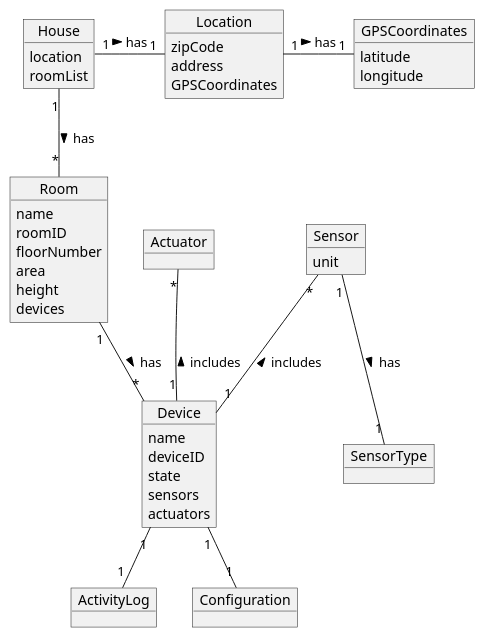
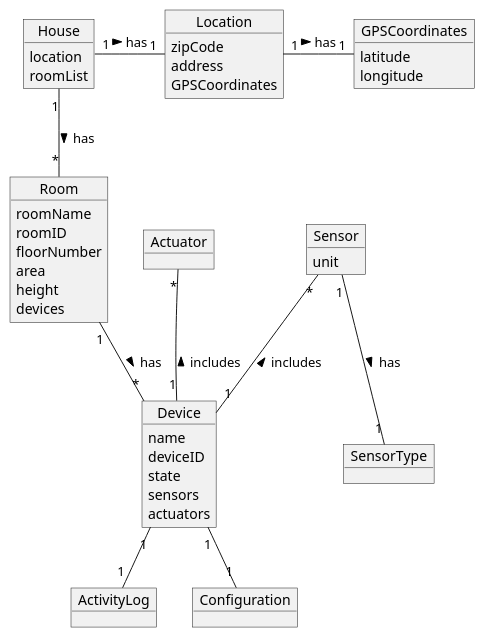
The diagram in src/main/java/pt/ipp/isep/dei/examples/basic/domain/SmartHome/UML/DomainModel.puml (RicardoAraujoPT/SmartHome2), drawn with PlantUML before and after one commit. The commit also changed 1 other file, not shown here.

Commit message:
Added Room class

```diff
--- a/src/main/java/pt/ipp/isep/dei/examples/basic/domain/SmartHome/UML/DomainModel.puml
+++ b/src/main/java/pt/ipp/isep/dei/examples/basic/domain/SmartHome/UML/DomainModel.puml
@@ -1,79 +1,79 @@
 @startuml
 'https://plantuml.com/object-diagram
 
  object House
  object Device
  object Sensor
  object Actuator
  object Room
  object Location
  object GPSCoordinates
  object ActivityLog
  object Configuration
  object SensorType
 
 
  House "1" -- "*" Room : has >
  House "1" - "1" Location : has >
  Location "1" - "1" GPSCoordinates : has >
  Room "1" -- "*" Device : has >
  Actuator "*" -- "1" Device : includes <
  Sensor "*" -- "1" Device : includes <
  Sensor "1" -- "1" SensorType : has >
  Device "1" -- "1" ActivityLog
  Device "1" -- "1" Configuration
 
 
 
  object House {
  location
  roomList
  }
 
 object Location {
 zipCode
 address
 GPSCoordinates
 }
 
 object GPSCoordinates {
 latitude
 longitude
 }
 
  object Room {
- name
+ roomName
  roomID
  floorNumber
  area
  height
  devices
  }
 
  object Device {
  name
  deviceID
  state
  sensors
  actuators
  }
 
  object Actuator {
  }
 
  object Sensor {
  unit
  }
 
  object SensorType {
  }
 
 object ActivityLog {
 }
 
 object Configuration {
 }
 
 
 
 @enduml
```
